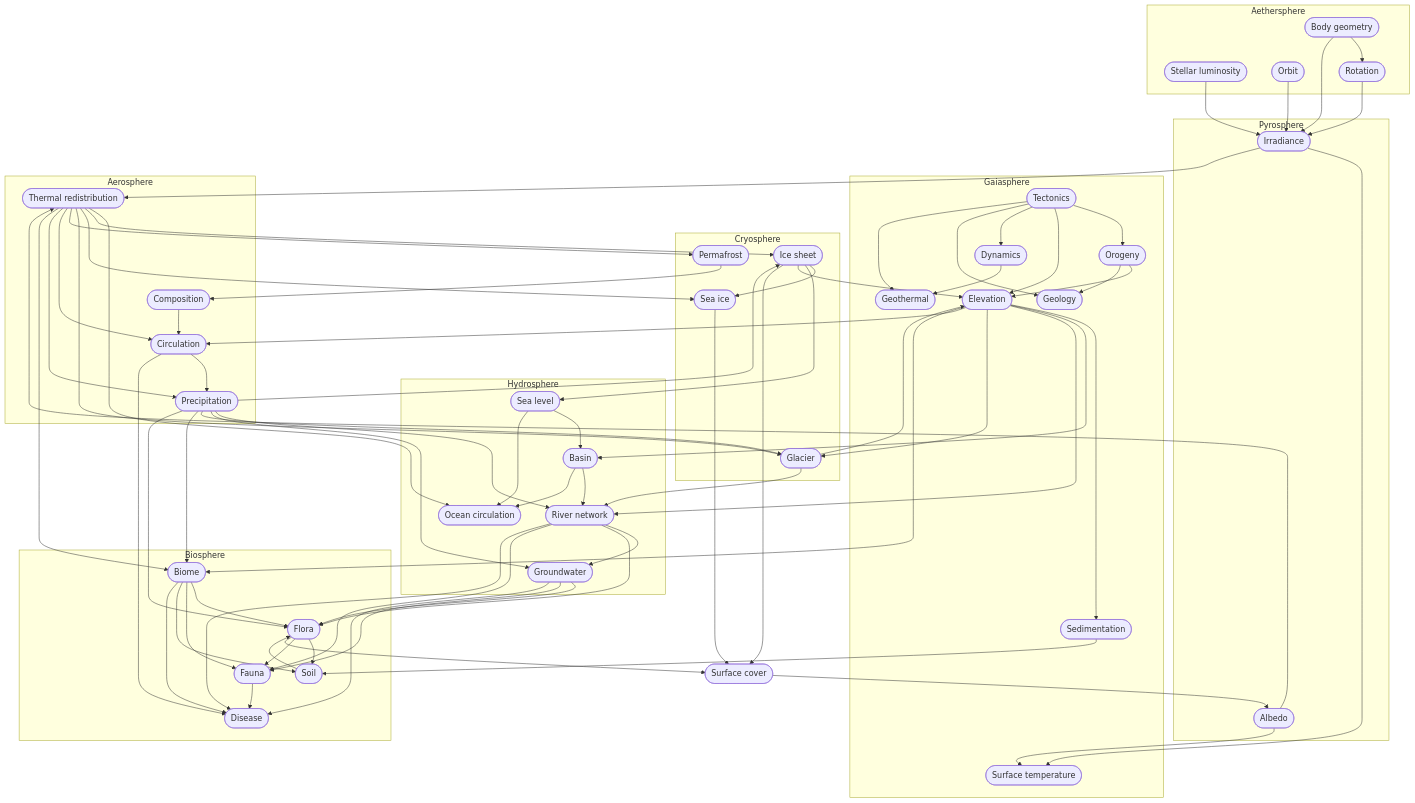
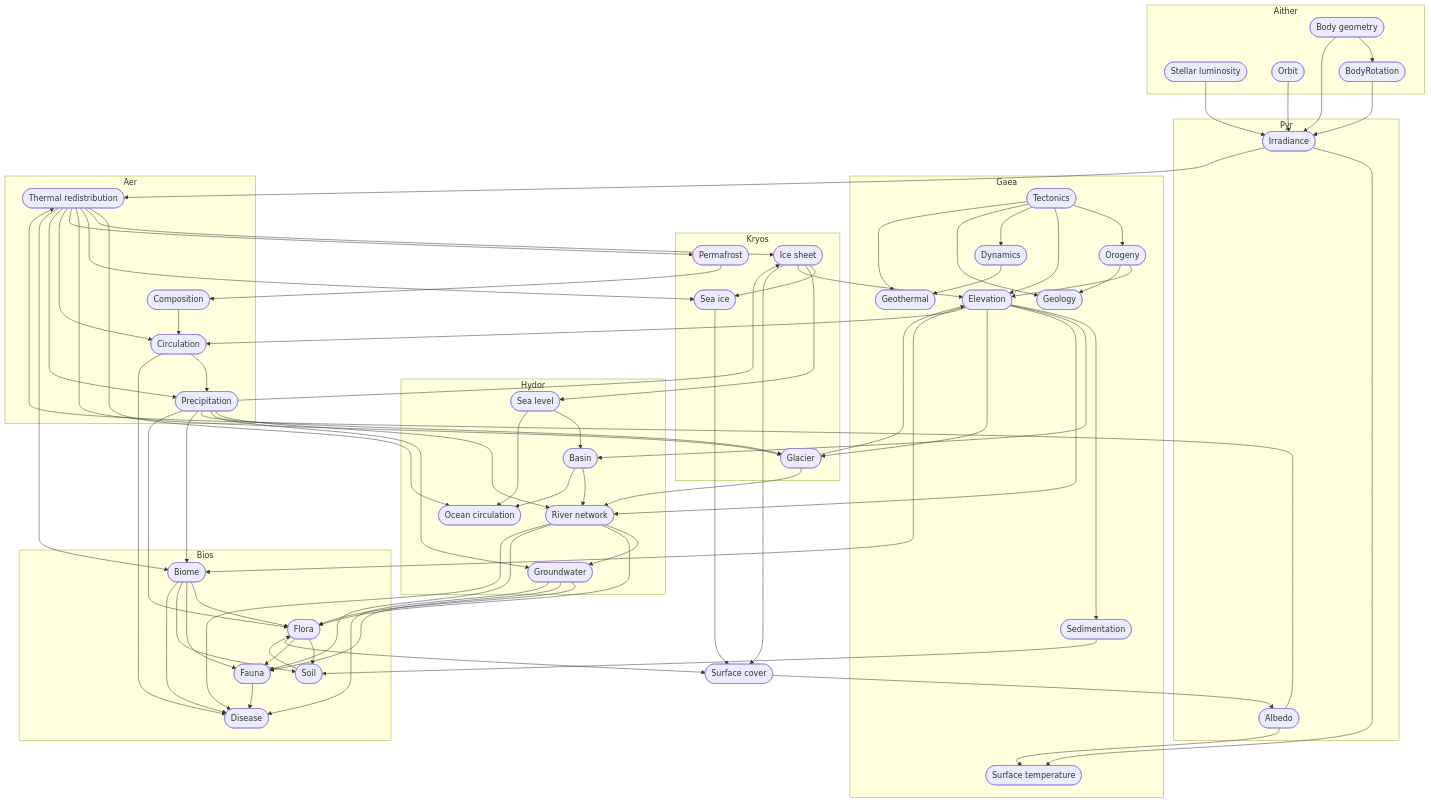
The eighth of 8 diagrams in docs/concerns.adoc (lagardej/mimameithr), drawn with Mermaid before and after one commit. The commit also changed other lines of this file and 136 other files, not shown here.

```diff
--- a/docs/concerns.adoc
+++ b/docs/concerns.adoc
@@ -426,19 +426,19 @@
 [mermaid]
 ....
 flowchart TB
-    subgraph Aethersphere
+    subgraph Aither
         StellarLuminosity([Stellar luminosity])
         BodyGeometry([Body geometry])
         Orbit([Orbit])
-        Rotation([Rotation])
+        BodyRotation([BodyRotation])
     end
 
-    subgraph Pyrosphere
+    subgraph Pyr
         Irradiance([Irradiance])
         Albedo([Albedo])
     end
 
-    subgraph Gaiasphere
+    subgraph Gaea
         Tectonics([Tectonics])
         Orogeny([Orogeny])
         Elevation([Elevation])
@@ -449,7 +449,7 @@
         SurfaceTemperature([Surface temperature])
     end
 
-    subgraph Hydrosphere
+    subgraph Hydor
         SeaLevel([Sea level])
         Basin([Basin])
         OceanCirculation([Ocean circulation])
@@ -457,21 +457,21 @@
         Groundwater([Groundwater])
     end
 
-    subgraph Cryosphere
+    subgraph Kryos
         IceSheet([Ice sheet])
         Glacier([Glacier])
         SeaIce([Sea ice])
         Permafrost([Permafrost])
     end
 
-    subgraph Aerosphere
+    subgraph Aer
         ThermalRedistribution([Thermal redistribution])
         Circulation([Circulation])
         Composition([Composition])
         Precipitation([Precipitation])
     end
 
-    subgraph Biosphere
+    subgraph Bios
         Biome([Biome])
         Flora([Flora])
         Soil([Soil])
@@ -479,11 +479,11 @@
         Disease([Disease])
     end
 
-    BodyGeometry --> Rotation
+    BodyGeometry --> BodyRotation
     StellarLuminosity --> Irradiance
     BodyGeometry --> Irradiance
     Orbit --> Irradiance
-    Rotation --> Irradiance
+    BodyRotation --> Irradiance
     Irradiance --> SurfaceTemperature
     Albedo --> SurfaceTemperature
 
```
